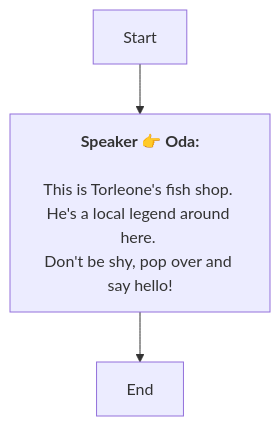
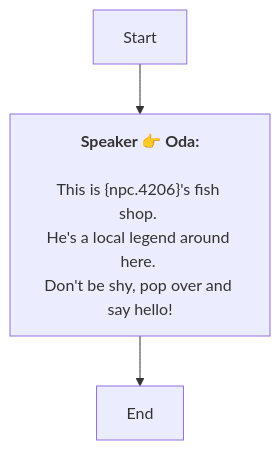
One commit to SoftHu/tos_avg changed the diagram in En/QuestStartTalkENode_1741757843185991.md. Above: the diagram before and after it, drawn with Mermaid. The commit also changed 730 other files, not shown here.

````diff
--- a/En/QuestStartTalkENode_1741757843185991.md
+++ b/En/QuestStartTalkENode_1741757843185991.md
@@ -1,9 +1,9 @@
 ```mermaid
 graph
 Start -->1741757865484618[<b>Speaker 👉 Oda:</b>
-\nThis is Torleone's fish shop. 
+\nThis is &lbrace;npc.4206&rbrace;'s fish shop. 
 He's a local legend around here. 
 Don't be shy, pop over and say hello!]
 1741757865484618 -->1741757936613707[End]
 
 ```
````
